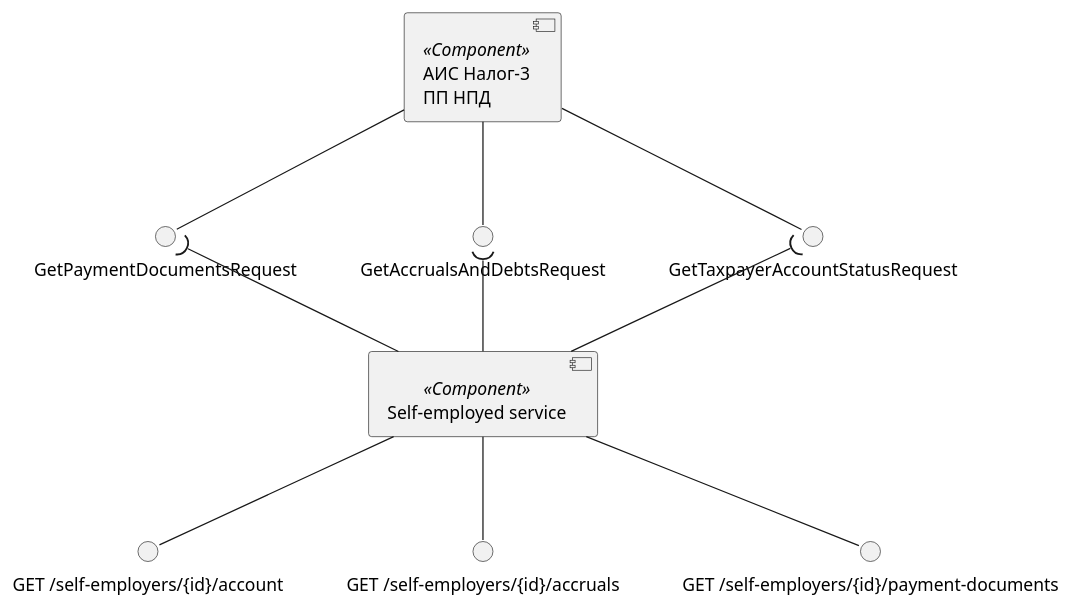
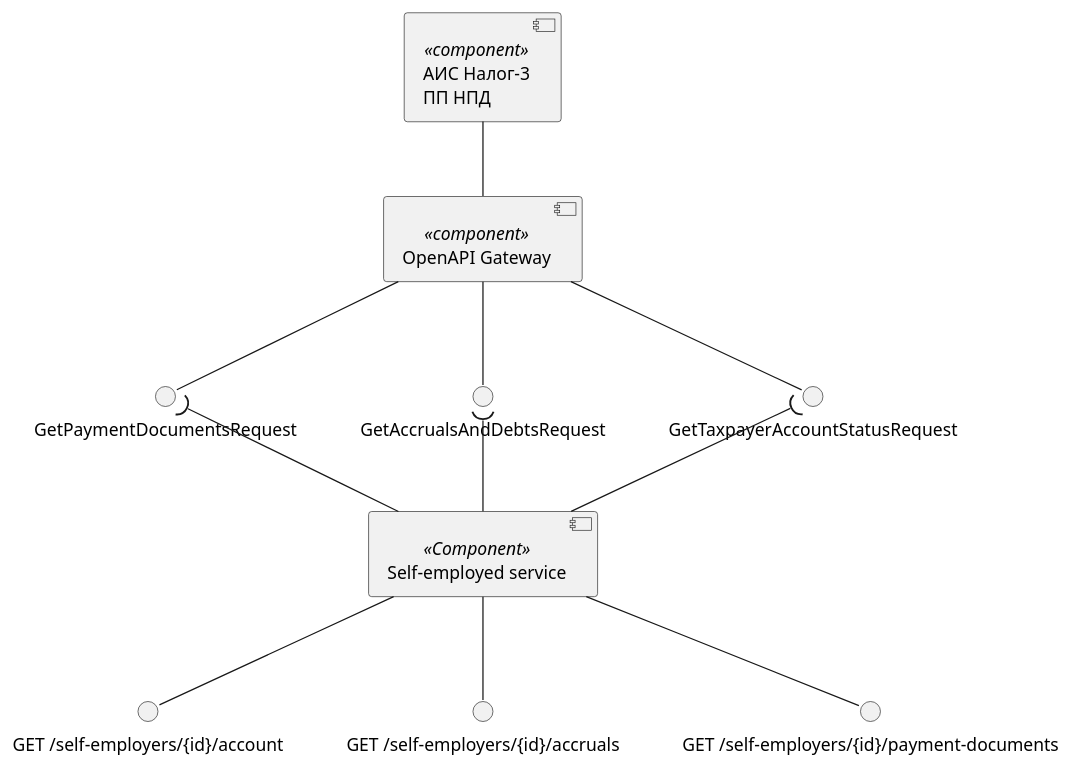
Before and after one commit to RaikBitters/ibank-internal-services: the third of 6 diagrams in diagrams/self-employed-service/components.puml, drawn with PlantUML. The commit also changed other lines of this file and 6 other files, not shown here.

Commit message:
Updated self-empl components diagram.

```diff
--- a/diagrams/self-employed-service/components.puml
+++ b/diagrams/self-employed-service/components.puml
@@ -120,25 +124,27 @@
 @startuml account-components
 
-component "АИС Налог-3\nПП НПД" as Tax3 <<Component>>
+component "АИС Налог-3\nПП НПД" as Tax3 <<component>>
+component "OpenAPI Gateway" as OpenAPI <<component>>
 interface "GetTaxpayerAccountStatusRequest" as GetAccountStatus
 interface "GetAccrualsAndDebtsRequest" as GetAccrualsAndDebts
 interface "GetPaymentDocumentsRequest" as GetPaymentDocuments
 
-Tax3 --() GetAccountStatus
-Tax3 --() GetAccrualsAndDebts
-Tax3 --() GetPaymentDocuments
+Tax3 -- OpenAPI
+OpenAPI --() GetAccountStatus
+OpenAPI --() GetAccrualsAndDebts
+OpenAPI --() GetPaymentDocuments
 
 component "Self-employed service" as SelfEmplService <<Component>>
 interface "GET /self-employers/{id}/account" as getAccount
 interface "GET /self-employers/{id}/accruals" as getAccrualsAndDebts
 interface "GET /self-employers/{id}/payment-documents" as getPaymentDocuments
 
 SelfEmplService --() getAccount
 SelfEmplService --() getAccrualsAndDebts
 SelfEmplService --() getPaymentDocuments
 
 SelfEmplService -up-( GetAccountStatus
 SelfEmplService -up-( GetAccrualsAndDebts
 SelfEmplService -up-( GetPaymentDocuments
 
 @enduml
```
